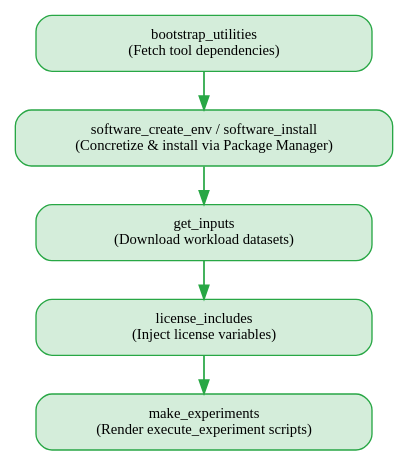
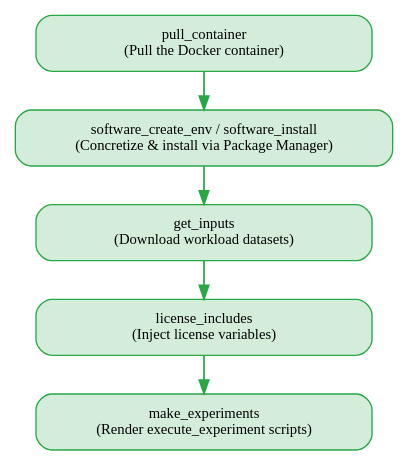
Before and after one commit to Ramble-Project/ramble: the second of 5 diagrams in lib/ramble/docs/dev_guides/advanced_topics.rst, drawn with Graphviz. The commit also changed other lines of this file and 1 other file, not shown here.

```diff
--- a/lib/ramble/docs/dev_guides/advanced_topics.rst
+++ b/lib/ramble/docs/dev_guides/advanced_topics.rst
@@ -256,27 +257,27 @@
 .. graphviz::
 
     digraph setup_pipeline {
         fontsize=12;
         rankdir=TB;
         nodesep=0.3;
         ranksep=0.4;
 
         node [
             shape=box,
             style="filled,rounded",
             fontsize=11,
             margin="0.25,0.12",
             fillcolor="#d4edda",
             color="#28a745",
             width=3.5
         ];
         edge [fontsize=10, color="#28a745", penwidth=1.3];
 
-        s1 [label="bootstrap_utilities\n(Fetch tool dependencies)"];
+        s1 [label="pull_container\n(Pull the Docker container)"];
         s2 [label="software_create_env / software_install\n(Concretize & install via Package Manager)"];
         s3 [label="get_inputs\n(Download workload datasets)"];
         s4 [label="license_includes\n(Inject license variables)"];
         s5 [label="make_experiments\n(Render execute_experiment scripts)"];
 
         s1 -> s2 -> s3 -> s4 -> s5;
     }
```
